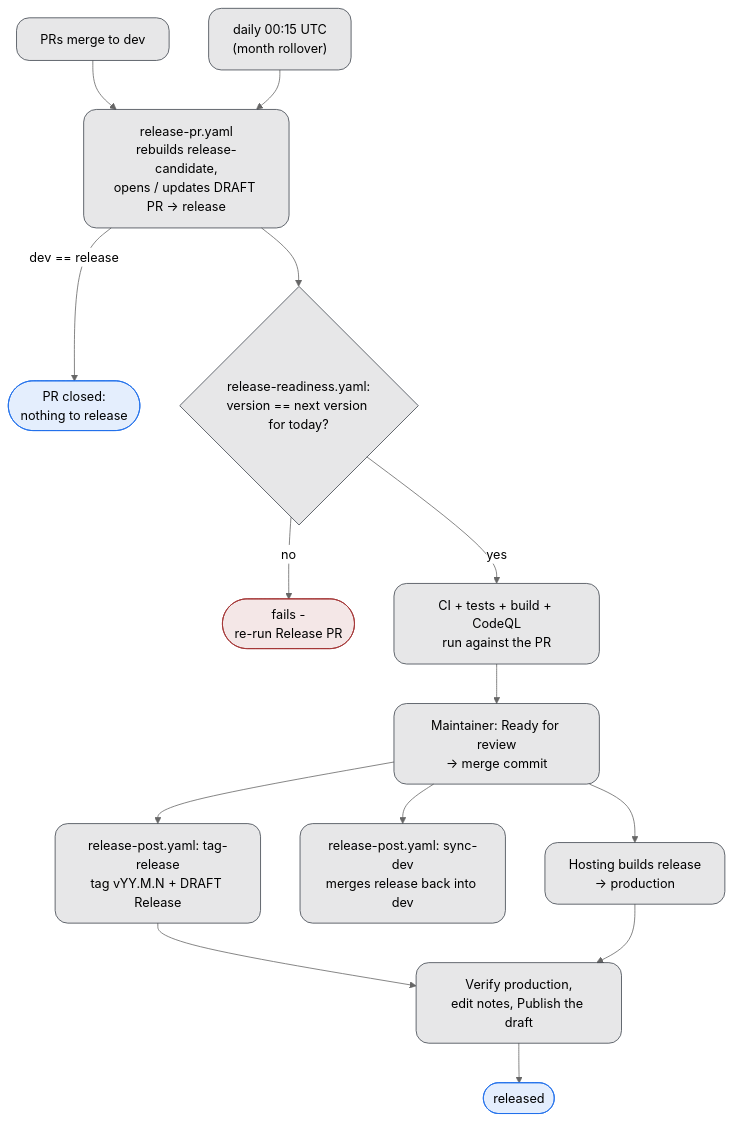
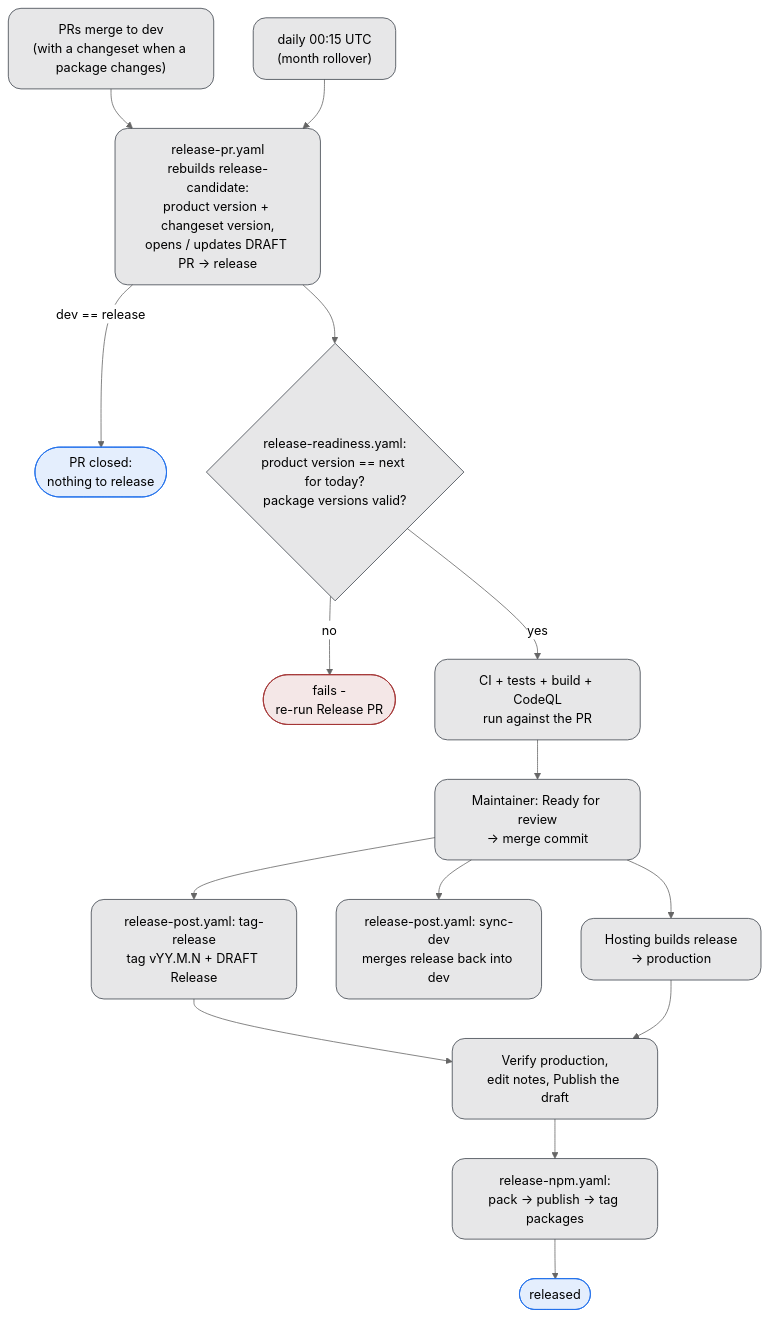
One commit to nykonhrytsyshyn/rhumb changed the diagram in RELEASING.md. Above: the diagram before and after it, drawn with Mermaid (neutral theme). The commit also changed other lines of this file and 1 other file, not shown here.

Commit message:
Update docs to clarify versioning for product and npm packages

````diff
--- a/RELEASING.md
+++ b/RELEASING.md
@@ -86,24 +126,25 @@
 ```mermaid
 flowchart TD
-  A["PRs merge to dev"] --> B["release-pr.yaml<br/>rebuilds release-candidate,<br/>opens / updates DRAFT PR -> release"]
+  A["PRs merge to dev<br/>(with a changeset when a package changes)"] --> B["release-pr.yaml<br/>rebuilds release-candidate:<br/>product version + changeset version,<br/>opens / updates DRAFT PR -> release"]
   C["daily 00:15 UTC<br/>(month rollover)"] --> B
   B -->|"dev == release"| X([" PR closed:<br/>nothing to release "])
-  B --> D{"release-readiness.yaml:<br/>version == next version for today?"}
-  D -->|"no"| F(["fails -<br/>re-run Release PR"])
+  B --> D{"release-readiness.yaml:<br/>product version == next for today?<br/>package versions valid?"}
+  D -->|"no"| F([" fails -<br/>re-run Release PR "])
   D -->|"yes"| G["CI + tests + build + CodeQL<br/>run against the PR"]
   G --> H["Maintainer: Ready for review<br/>-> merge commit"]
   H --> I["release-post.yaml: tag-release<br/>tag vYY.M.N + DRAFT Release"]
   H --> J["release-post.yaml: sync-dev<br/>merges release back into dev"]
   H --> K["Hosting builds release<br/>-> production"]
   I --> L["Verify production,<br/>edit notes, Publish the draft"]
   K --> L
-  L --> M(["released"])
+  L --> N["release-npm.yaml:<br/>pack -> publish -> tag packages"]
+  N --> M([" released "])
 
   classDef step filter:none, fill:#39363f1e, stroke:#3d444d, rx:16, ry:16
   classDef bad  filter:none, fill:#a333331e, stroke:#a33333
   classDef good filter:none, fill:#1f6feb1e, stroke:#1f6feb
 
-  class A,B,C,D,G,H,I,J,K,L step
+  class A,B,C,D,G,H,I,J,K,L,N step
   class F bad
   class M,X good
 ```
````
